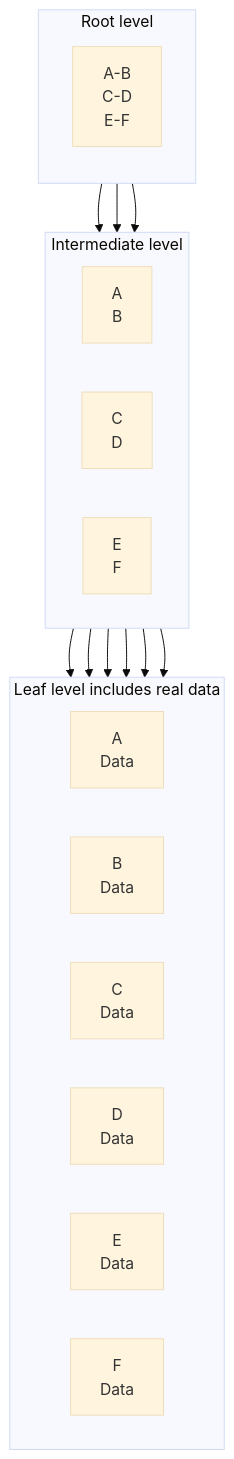
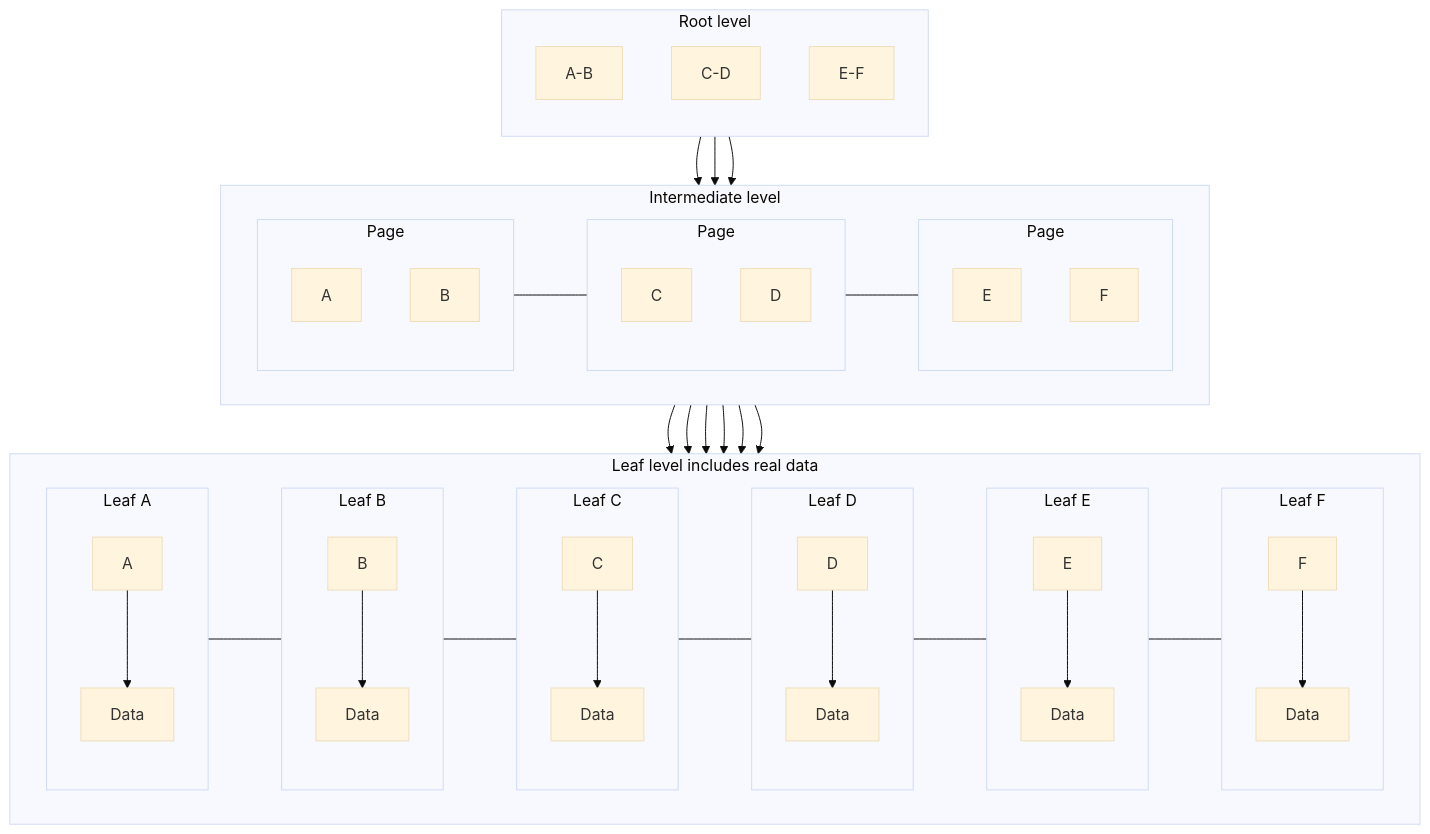
Before and after one commit to grafanaKibana/devbook.zip: the third of 5 diagrams in Software Engineering/03 Data Persistance/SQL/Indexes.md, drawn with Mermaid (base theme). The commit also changed other lines of this file and 175 other files, not shown here.

````diff
--- a/Software Engineering/03 Data Persistance/SQL/Indexes.md
+++ b/Software Engineering/03 Data Persistance/SQL/Indexes.md
@@ -134,35 +191,85 @@
 ```mermaid
 flowchart TB
-  subgraph Root[Root level]
+  subgraph RootLevel["Root level"]
     direction TB
-    R["A-B<br/>C-D<br/>E-F"]
+    R_ab["A-B"]
+    R_cd["C-D"]
+    R_ef["E-F"]
   end
 
-  subgraph Mid[Intermediate level]
+  subgraph IntermediateLevel["Intermediate level"]
     direction LR
-    Iab["A<br/>B"]
-    Icd["C<br/>D"]
-    Ief["E<br/>F"]
+    subgraph IabP["Page"]
+      direction TB
+      Iab_a["A"]
+      Iab_b["B"]
+    end
+    subgraph IcdP["Page"]
+      direction TB
+      Icd_c["C"]
+      Icd_d["D"]
+    end
+    subgraph IefP["Page"]
+      direction TB
+      Ief_e["E"]
+      Ief_f["F"]
+    end
   end
 
-  subgraph Leaf[Leaf level includes real data]
+  subgraph LeafLevel["Leaf level includes real data"]
     direction LR
-    LA["A<br/>Data"]
-    LB["B<br/>Data"]
-    LC["C<br/>Data"]
-    LD["D<br/>Data"]
-    LE["E<br/>Data"]
-    LF["F<br/>Data"]
+    subgraph LA_P["Leaf A"]
+      direction TB
+      LA_key["A"]
+      LA_data["Data"]
+      LA_key --> LA_data
+    end
+    subgraph LB_P["Leaf B"]
+      direction TB
+      LB_key["B"]
+      LB_data["Data"]
+      LB_key --> LB_data
+    end
+    subgraph LC_P["Leaf C"]
+      direction TB
+      LC_key["C"]
+      LC_data["Data"]
+      LC_key --> LC_data
+    end
+    subgraph LD_P["Leaf D"]
+      direction TB
+      LD_key["D"]
+      LD_data["Data"]
+      LD_key --> LD_data
+    end
+    subgraph LE_P["Leaf E"]
+      direction TB
+      LE_key["E"]
+      LE_data["Data"]
+      LE_key --> LE_data
+    end
+    subgraph LF_P["Leaf F"]
+      direction TB
+      LF_key["F"]
+      LF_data["Data"]
+      LF_key --> LF_data
+    end
   end
 
-  R --> Iab
-  R --> Icd
-  R --> Ief
+  R_ab --> Iab_a
+  R_cd --> Icd_c
+  R_ef --> Ief_e
 
-  Iab --> LA
-  Iab --> LB
-  Icd --> LC
-  Icd --> LD
-  Ief --> LE
-  Ief --> LF
+  %% Keep intermediate pages aligned left-to-right
+  Iab_a --- Icd_c --- Ief_e
+
+  Iab_a --> LA_key
+  Iab_b --> LB_key
+  Icd_c --> LC_key
+  Icd_d --> LD_key
+  Ief_e --> LE_key
+  Ief_f --> LF_key
+
+  %% Keep leaves aligned left-to-right
+  LA_key --- LB_key --- LC_key --- LD_key --- LE_key --- LF_key
 ```
````
